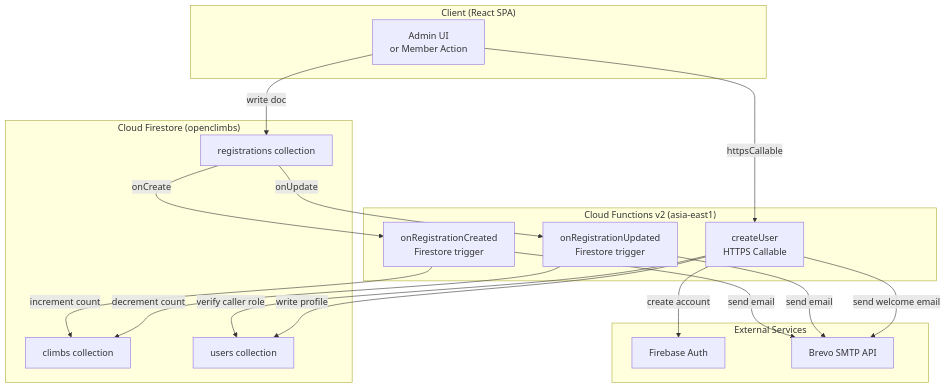
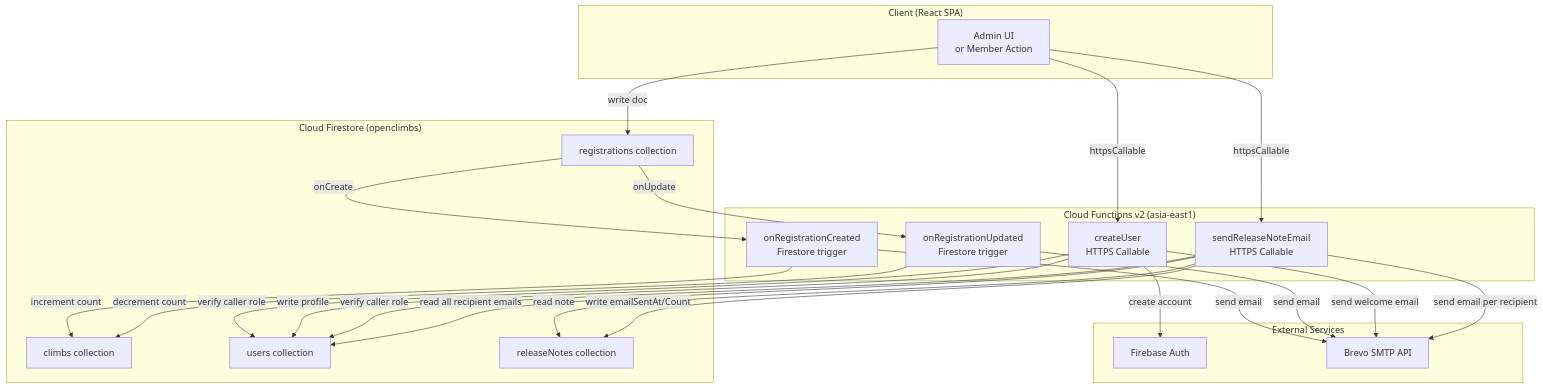
The first of 7 diagrams in docs/API.md (Oweeboi011/mms-open-climbs), drawn with Mermaid before and after one commit. The commit also changed other lines of this file and 9 other files, not shown here.

First line of the commit message:
feat: Implement Release Notes feature with admin publishing and member notifications

````diff
--- a/docs/API.md
+++ b/docs/API.md
@@ -35,40 +36,49 @@
 ```mermaid
 graph TD
     subgraph Client["Client (React SPA)"]
         UI["Admin UI\nor Member Action"]
     end
 
     subgraph Firestore["Cloud Firestore (openclimbs)"]
         FS_R["registrations collection"]
         FS_C["climbs collection"]
         FS_U["users collection"]
+        FS_RN["releaseNotes collection"]
     end
 
     subgraph Functions["Cloud Functions v2 (asia-east1)"]
         T1["onRegistrationCreated\nFirestore trigger"]
         T2["onRegistrationUpdated\nFirestore trigger"]
         C1["createUser\nHTTPS Callable"]
+        C2["sendReleaseNoteEmail\nHTTPS Callable"]
     end
 
     subgraph External["External Services"]
         FA["Firebase Auth"]
         EM["Brevo SMTP API"]
     end
 
     UI -->|write doc| FS_R
     UI -->|httpsCallable| C1
+    UI -->|httpsCallable| C2
 
     FS_R -->|onCreate| T1
     FS_R -->|onUpdate| T2
 
     T1 -->|increment count| FS_C
     T1 -->|send email| EM
 
     T2 -->|decrement count| FS_C
     T2 -->|send email| EM
 
     C1 -->|verify caller role| FS_U
     C1 -->|create account| FA
     C1 -->|write profile| FS_U
     C1 -->|send welcome email| EM
+
+    C2 -->|verify caller role| FS_U
+    C2 -->|read note| FS_RN
+    C2 -->|read all recipient emails| FS_U
+    C2 -->|send email per recipient| EM
+    C2 -->|write emailSentAt/Count| FS_RN
 ```
````
